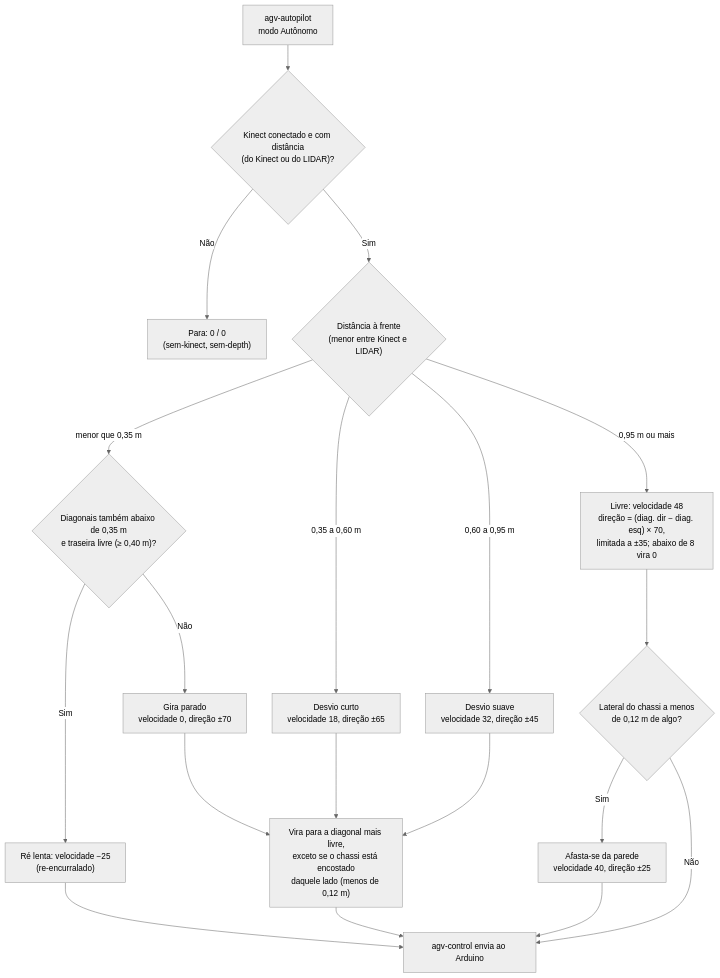
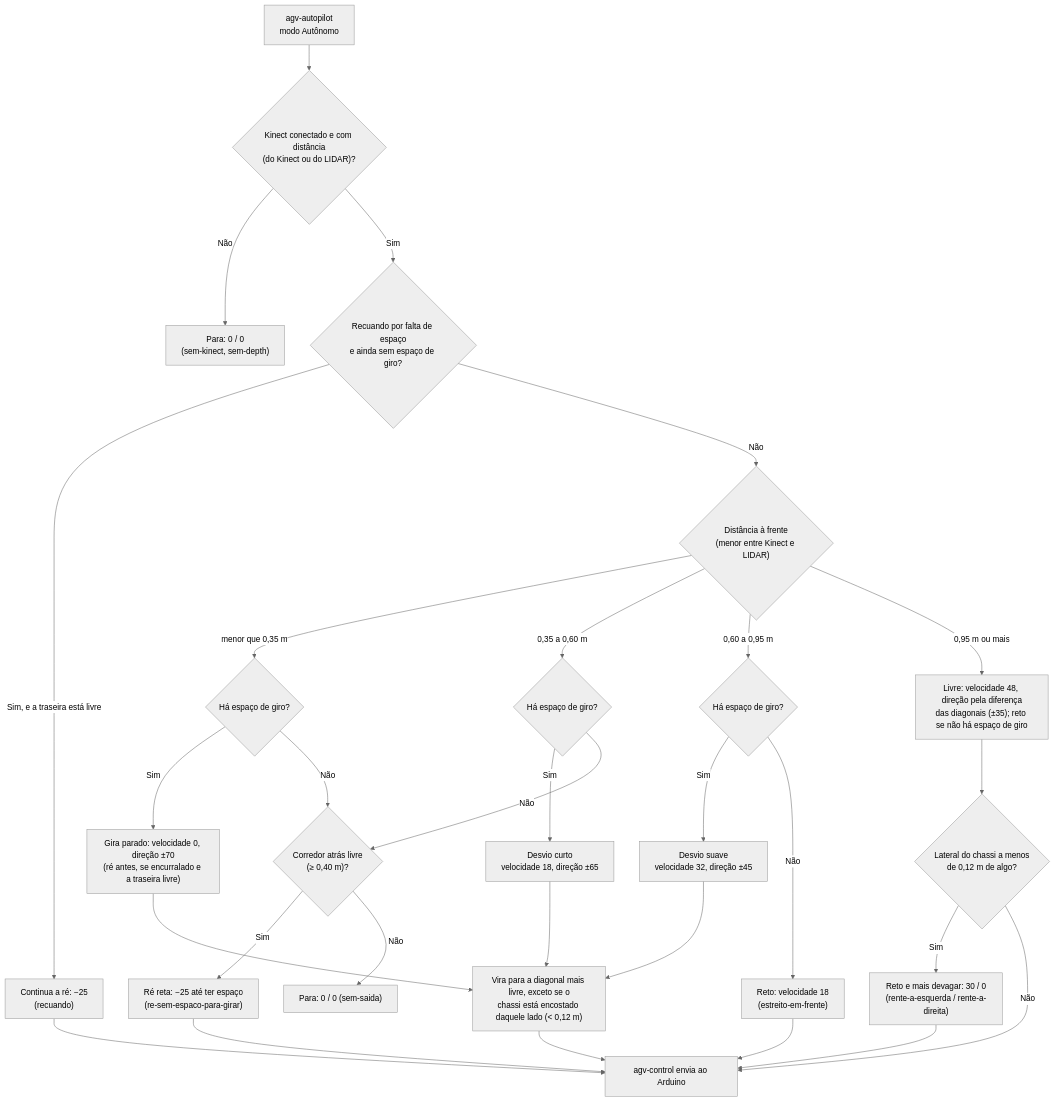
Before and after one commit to Kauan-V-Marques/AGV: the tenth of 22 diagrams in README.md, drawn with Mermaid (neutral theme). The commit also changed other lines of this file and 2 other files, not shown here.

````diff
--- a/README.md
+++ b/README.md
@@ -1075,21 +1083,31 @@
 ```mermaid
 flowchart TD
     A["agv-autopilot<br/>modo Autônomo"] --> B{"Kinect conectado e com distância<br/>(do Kinect ou do LIDAR)?"}
     B -- Não --> B1["Para: 0 / 0<br/>(sem-kinect, sem-depth)"]
-    B -- Sim --> C{"Distância à frente<br/>(menor entre Kinect e LIDAR)"}
-    C -- "menor que 0,35 m" --> R{"Diagonais também abaixo de 0,35 m<br/>e traseira livre (≥ 0,40 m)?"}
-    R -- Sim --> R1["Ré lenta: velocidade −25<br/>(re-encurralado)"]
-    R -- Não --> D["Gira parado<br/>velocidade 0, direção ±70"]
-    C -- "0,35 a 0,60 m" --> E["Desvio curto<br/>velocidade 18, direção ±65"]
-    C -- "0,60 a 0,95 m" --> F["Desvio suave<br/>velocidade 32, direção ±45"]
-    C -- "0,95 m ou mais" --> G["Livre: velocidade 48<br/>direção = (diag. dir − diag. esq) × 70,<br/>limitada a ±35; abaixo de 8 vira 0"]
+    B -- Sim --> M{"Recuando por falta de espaço<br/>e ainda sem espaço de giro?"}
+    M -- "Sim, e a traseira está livre" --> M1["Continua a ré: −25<br/>(recuando)"]
+    M -- Não --> C{"Distância à frente<br/>(menor entre Kinect e LIDAR)"}
+    C -- "menor que 0,35 m" --> G1{"Há espaço de giro?"}
+    G1 -- Sim --> D["Gira parado: velocidade 0, direção ±70<br/>(ré antes, se encurralado e a traseira livre)"]
+    G1 -- Não --> R{"Corredor atrás livre<br/>(≥ 0,40 m)?"}
+    R -- Sim --> R1["Ré reta: −25 até ter espaço<br/>(re-sem-espaco-para-girar)"]
+    R -- Não --> R2["Para: 0 / 0 (sem-saida)"]
+    C -- "0,35 a 0,60 m" --> G2{"Há espaço de giro?"}
+    G2 -- Sim --> E["Desvio curto<br/>velocidade 18, direção ±65"]
+    G2 -- Não --> R
+    C -- "0,60 a 0,95 m" --> G3{"Há espaço de giro?"}
+    G3 -- Sim --> F["Desvio suave<br/>velocidade 32, direção ±45"]
+    G3 -- Não --> F1["Reto: velocidade 18<br/>(estreito-em-frente)"]
+    C -- "0,95 m ou mais" --> G["Livre: velocidade 48, direção pela diferença<br/>das diagonais (±35); reto se não há espaço de giro"]
     G --> L{"Lateral do chassi a menos<br/>de 0,12 m de algo?"}
-    L -- Sim --> L1["Afasta-se da parede<br/>velocidade 40, direção ±25"]
-    D --> H["Vira para a diagonal mais livre,<br/>exceto se o chassi está encostado<br/>daquele lado (menos de 0,12 m)"]
+    L -- Sim --> L1["Reto e mais devagar: 30 / 0<br/>(rente-a-esquerda / rente-a-direita)"]
+    D --> H["Vira para a diagonal mais livre, exceto se o<br/>chassi está encostado daquele lado (< 0,12 m)"]
     E --> H
     F --> H
     H --> I["agv-control envia ao Arduino"]
     L -- Não --> I
     L1 --> I
     R1 --> I
+    M1 --> I
+    F1 --> I
 ```
````
